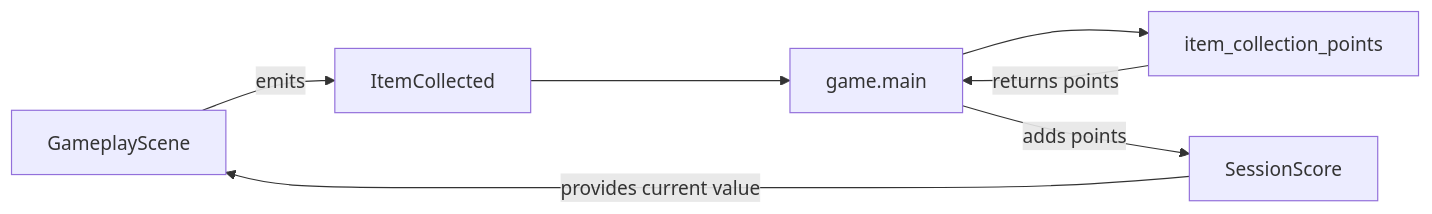
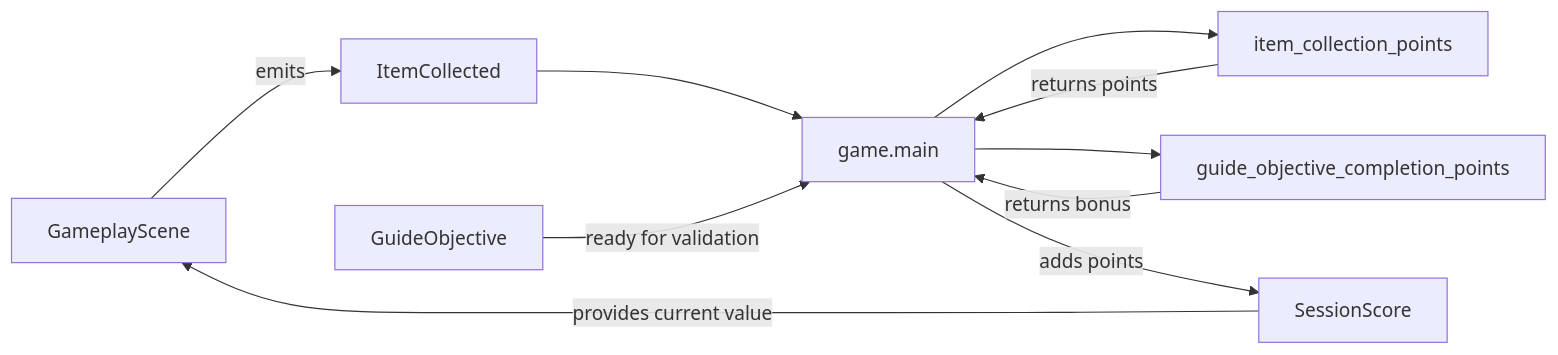
The diagram in docs/architecture/scoring.md (VincentMardon/my_first_adventure_game), drawn with Mermaid before and after one commit. The commit also changed other lines of this file and 10 other files, not shown here.

Commit message:
feat(scoring): reward guide objective completion

````diff
--- a/docs/architecture/scoring.md
+++ b/docs/architecture/scoring.md
@@ -49,15 +58,20 @@
 ```mermaid
 flowchart LR
     GameplayScene["GameplayScene"]
     ItemCollected["ItemCollected"]
     GameMain["game.main"]
-    Rule["item_collection_points"]
+    CollectionRule["item_collection_points"]
+    CompletionRule["guide_objective_completion_points"]
+    GuideObjective["GuideObjective"]
     SessionScore["SessionScore"]
 
     GameplayScene -->|"emits"| ItemCollected
     ItemCollected --> GameMain
-    GameMain --> Rule
-    Rule -->|"returns points"| GameMain
+    GameMain --> CollectionRule
+    CollectionRule -->|"returns points"| GameMain
+    GuideObjective -->|"ready for validation"| GameMain
+    GameMain --> CompletionRule
+    CompletionRule -->|"returns bonus"| GameMain
     GameMain -->|"adds points"| SessionScore
     SessionScore -->|"provides current value"| GameplayScene
 ```
````
